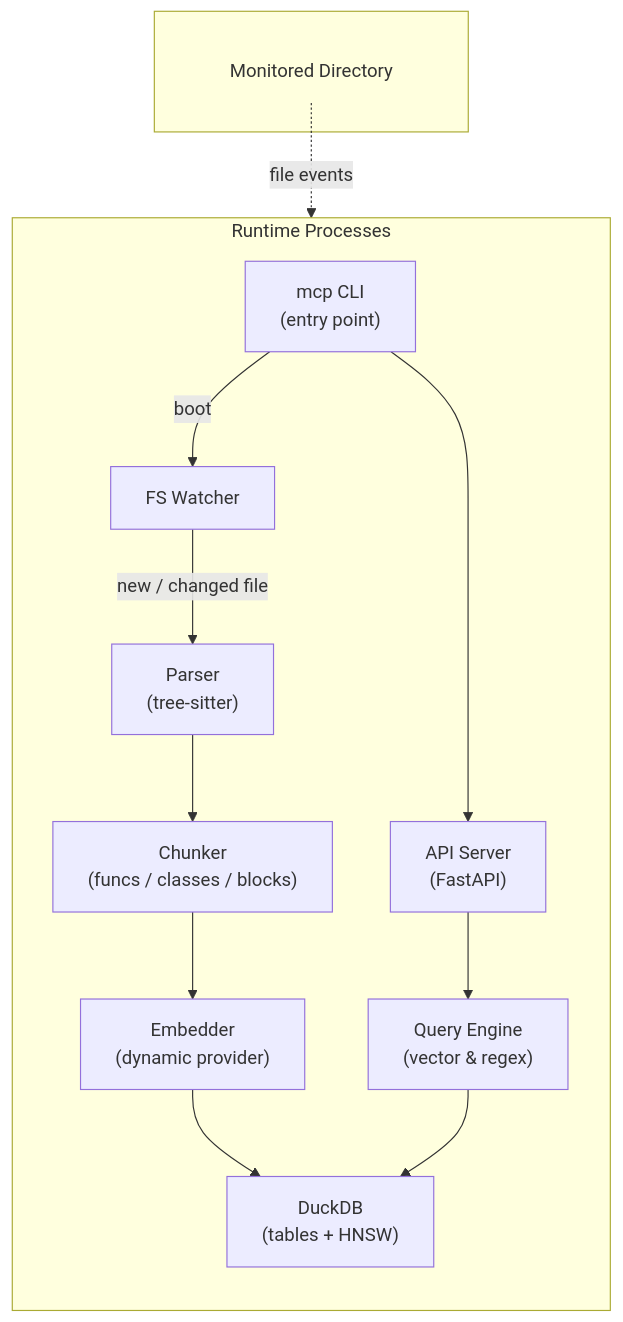
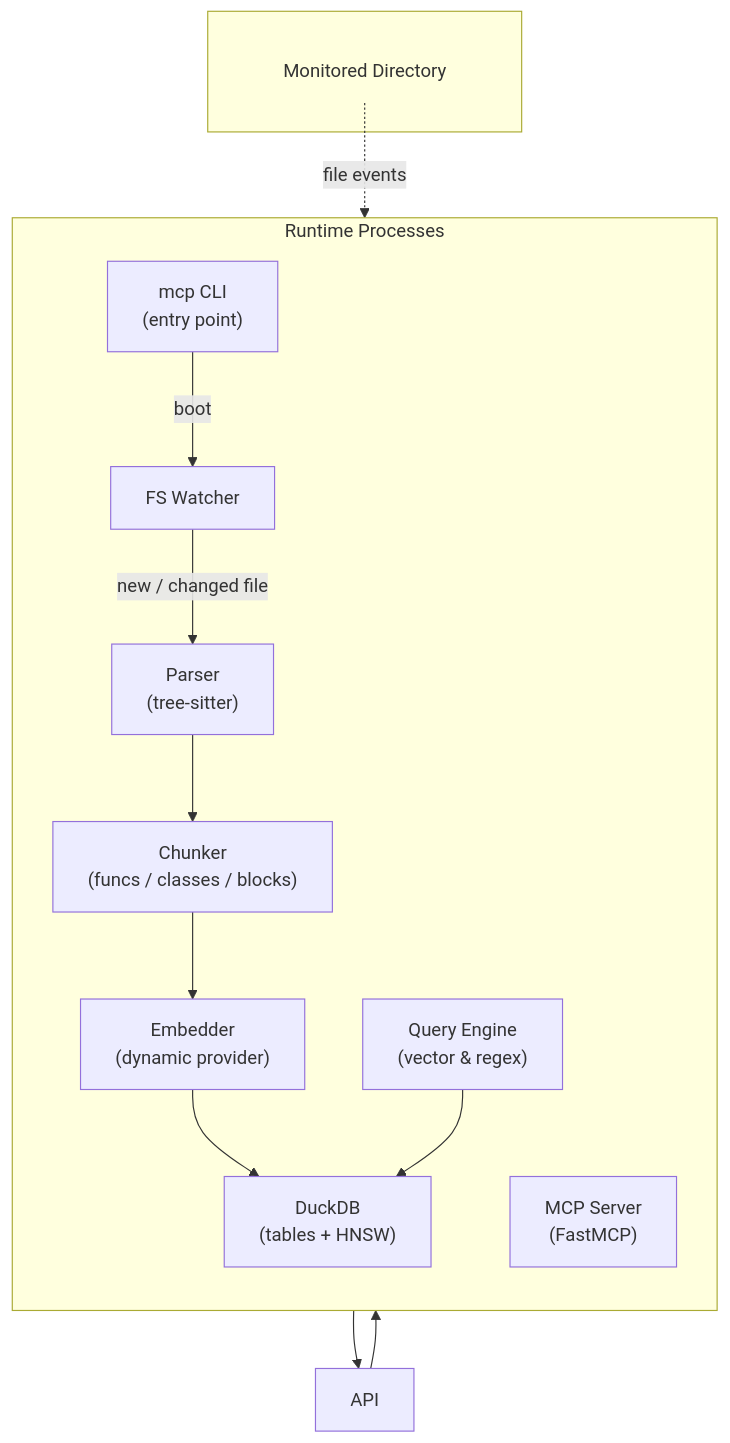
The diagram in spec.md (ofriw/chunkhound), drawn with Mermaid before and after one commit. The commit also changed other lines of this file and 17 other files, not shown here.

Commit message:
Refactor from web API to MCP server architecture with Python 3.10+ requirement

````diff
--- a/spec.md
+++ b/spec.md
@@ -14,33 +14,33 @@
   ```mermaid
   flowchart TB
     %% ---------- external stimulus ----------
     subgraph " "
         style dir fill:#ffffff00,stroke:#ffffff00
         dir[Monitored&nbsp;Directory]
     end
 
     %% ---------- processes ----------
     subgraph "Runtime Processes"
         direction TB
         CLI["mcp CLI<br/>(entry point)"]
         Watcher["FS Watcher"]
         Parser["Parser<br/>(tree-sitter)"]
         Chunker["Chunker<br/>(funcs / classes / blocks)"]
         Embedder["Embedder<br/>(dynamic provider)"]
         DB["DuckDB<br/>(tables + HNSW)"]
-        API["API Server<br/>(FastAPI)"]
+        MCP["MCP Server<br/>(FastMCP)"]
         Query["Query Engine<br/>(vector &amp; regex)"]
     end
 
     %% ---------- data/event flow ----------
     dir -. file events .-> Watcher
     CLI -->|boot| Watcher
     Watcher -->|new / changed&nbsp;file| Parser
     Parser --> Chunker
     Chunker --> Embedder
     Embedder --> DB
 
     CLI --> API
     API --> Query
     Query --> DB
 ```
````
